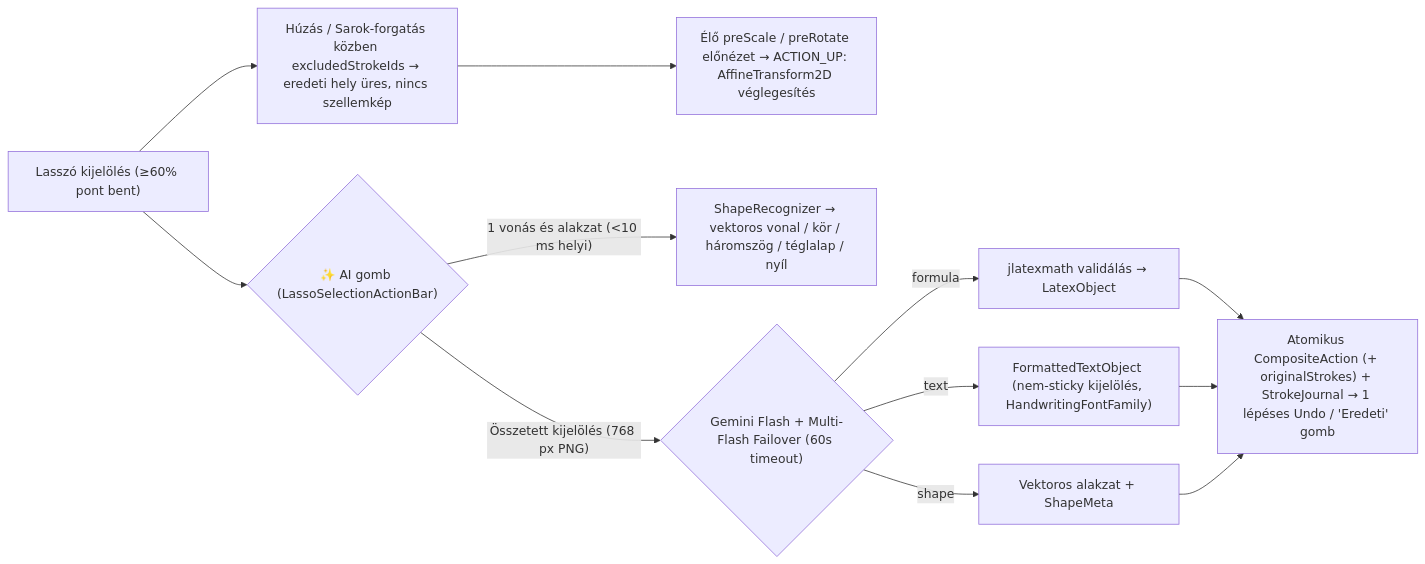
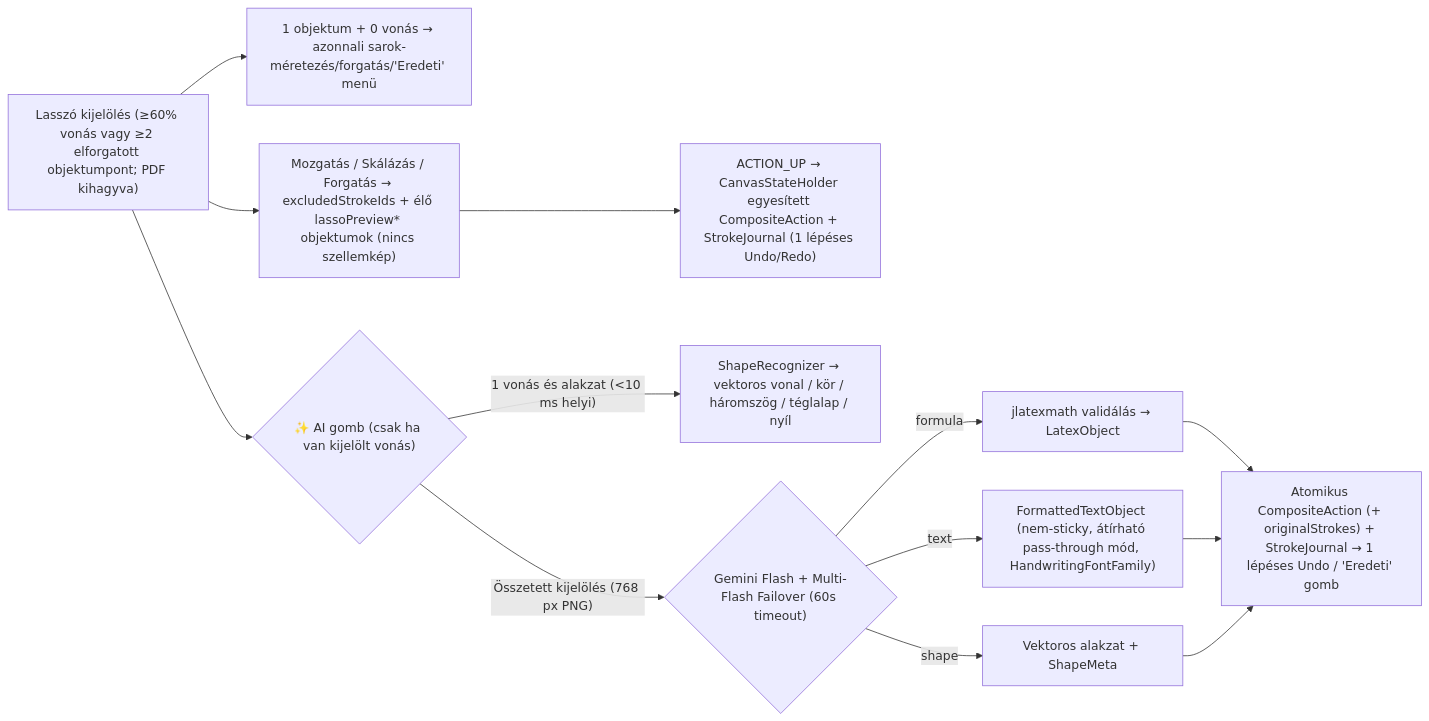
One commit to Fruktoz0/Stylusnote changed the second of 7 diagrams in docs/user_journeys.md. Above: the diagram before and after it, drawn with Mermaid. The commit also changed other lines of this file and 27 other files, not shown here.

````diff
--- a/docs/user_journeys.md
+++ b/docs/user_journeys.md
@@ -41,12 +41,13 @@
 ```mermaid
 flowchart LR
-    A["Lasszó kijelölés (≥60% pont bent)"] --> M["Húzás / Sarok-forgatás közben excludedStrokeIds → eredeti hely üres, nincs szellemkép"]
-    M --> R["Élő preScale / preRotate előnézet → ACTION_UP: AffineTransform2D véglegesítés"]
-    A --> AI{"✨ AI gomb (LassoSelectionActionBar)"}
+    A["Lasszó kijelölés (≥60% vonás vagy ≥2 elforgatott objektumpont; PDF kihagyva)"] --> O["1 objektum + 0 vonás → azonnali sarok-méretezés/forgatás/'Eredeti' menü"]
+    A --> M["Mozgatás / Skálázás / Forgatás → excludedStrokeIds + élő lassoPreview* objektumok (nincs szellemkép)"]
+    M --> R["ACTION_UP → CanvasStateHolder egyesített CompositeAction + StrokeJournal (1 lépéses Undo/Redo)"]
+    A --> AI{"✨ AI gomb (csak ha van kijelölt vonás)"}
     AI -- 1 vonás és alakzat (<10 ms helyi) --> SH["ShapeRecognizer → vektoros vonal / kör / háromszög / téglalap / nyíl"]
     AI -- Összetett kijelölés (768 px PNG) --> G{"Gemini Flash + Multi-Flash Failover (60s timeout)"}
     G -- formula --> L["jlatexmath validálás → LatexObject"]
-    G -- text --> T["FormattedTextObject (nem-sticky kijelölés, HandwritingFontFamily)"]
+    G -- text --> T["FormattedTextObject (nem-sticky, átírható pass-through mód, HandwritingFontFamily)"]
     G -- shape --> SH2["Vektoros alakzat + ShapeMeta"]
     L & T & SH2 --> U["Atomikus CompositeAction (+ originalStrokes) + StrokeJournal → 1 lépéses Undo / 'Eredeti' gomb"]
 ```
````
